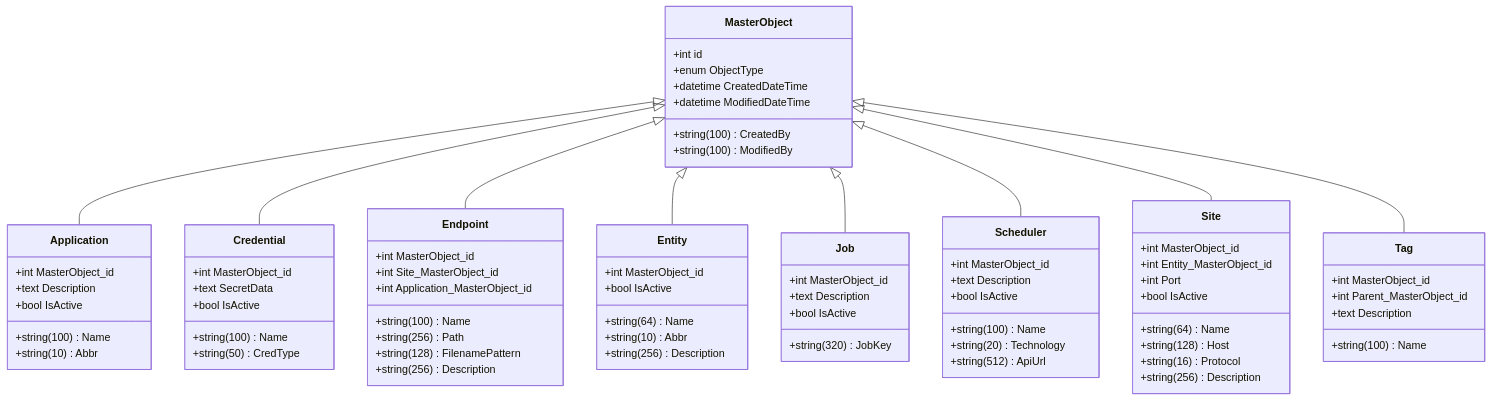
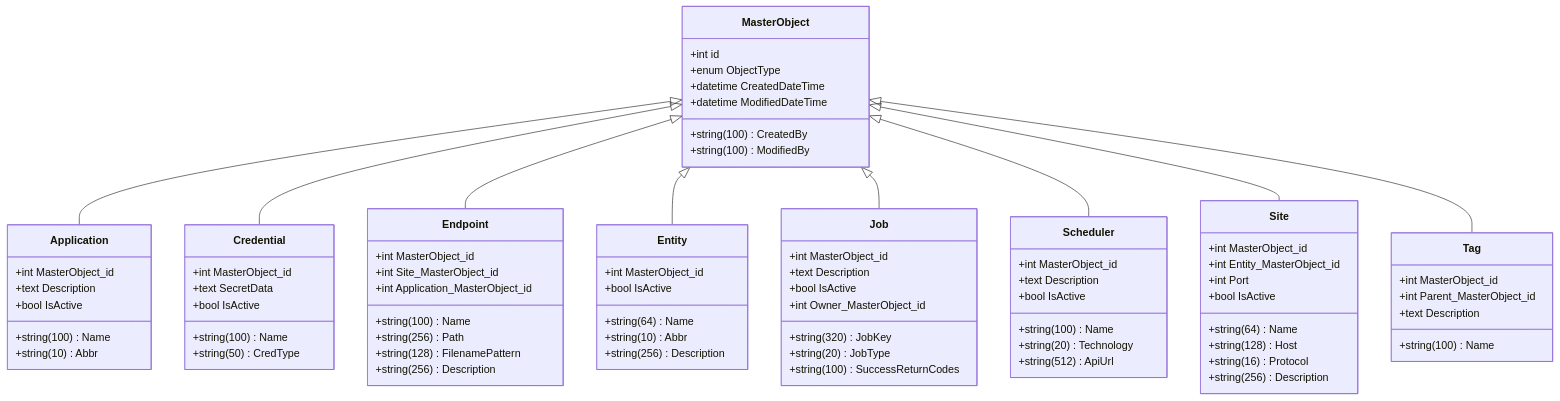
Before and after one commit to JayCBoal/AutomationApp: the first of 3 diagrams in docs/PYTHON_MODEL.md, drawn with Mermaid. The commit also changed other lines of this file and 7 other files, not shown here.

```diff
--- a/docs/PYTHON_MODEL.md
+++ b/docs/PYTHON_MODEL.md
@@ -58,6 +58,9 @@
         +string(320) JobKey
         +text Description
         +bool IsActive
+        +string(20) JobType
+        +int Owner_MasterObject_id
+        +string(100) SuccessReturnCodes
     }
     MasterObject <|-- Job
     class Scheduler {
```
